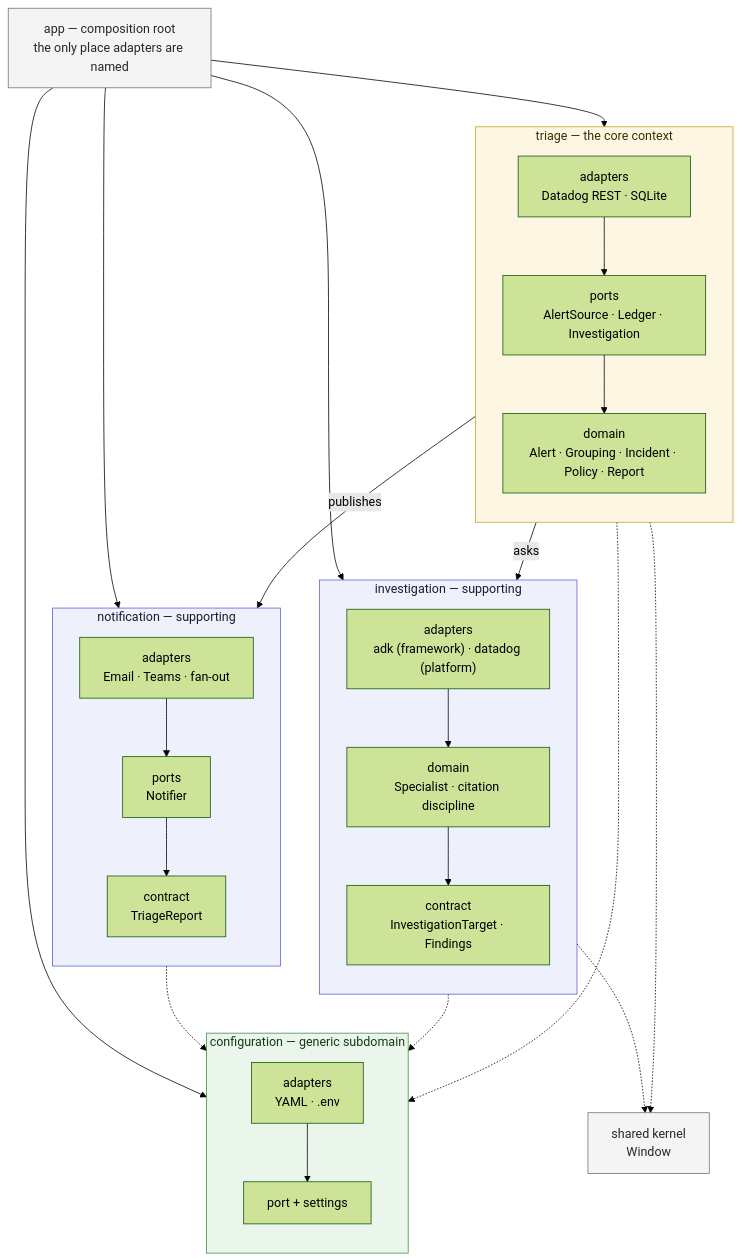
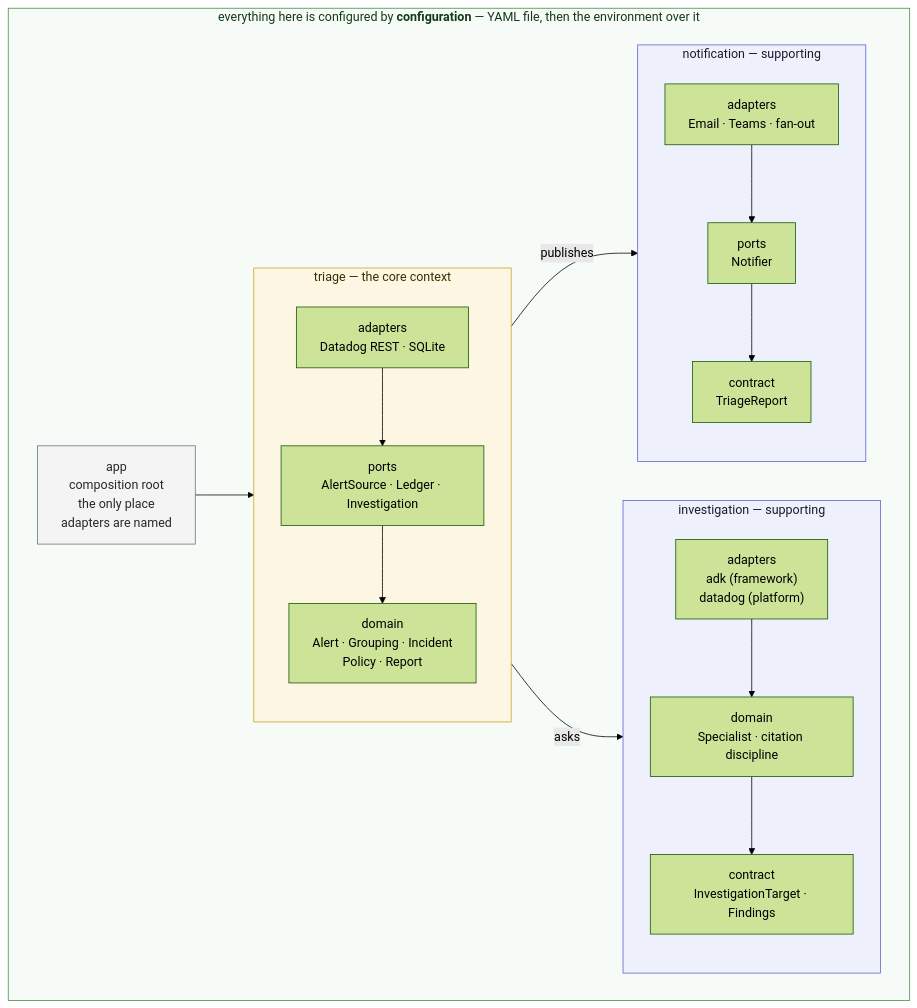
One commit to EduardoFLima/alert-triage changed the diagram in README.md. Above: the diagram before and after it, drawn with Mermaid (forest theme). The commit also changed other lines of this file and 7 other files, not shown here.

First line of the commit message:
Answer the review: contracts in a file of their own, a clearer diagram

````diff
--- a/README.md
+++ b/README.md
@@ -168,58 +169,45 @@
 ```mermaid
-flowchart TB
-    subgraph Triage["triage — the core context"]
-        direction TB
-        TriageAdapters["adapters<br/>Datadog REST · SQLite"]
-        TriagePorts["ports<br/>AlertSource · Ledger · Investigation"]
-        TriageDomain["domain<br/>Alert · Grouping · Incident · Policy · Report"]
-        TriageAdapters --> TriagePorts --> TriageDomain
+flowchart LR
+    subgraph Configured["everything here is configured by <b>configuration</b> — YAML file, then the environment over it"]
+        direction LR
+        App["app<br/>composition root<br/>the only place<br/>adapters are named"]
+
+        subgraph Triage["triage — the core context"]
+            direction TB
+            TriageAdapters["adapters<br/>Datadog REST · SQLite"]
+            TriagePorts["ports<br/>AlertSource · Ledger · Investigation"]
+            TriageDomain["domain<br/>Alert · Grouping · Incident<br/>Policy · Report"]
+            TriageAdapters --> TriagePorts --> TriageDomain
+        end
+
+        subgraph Investigation["investigation — supporting"]
+            direction TB
+            InvContract["contract<br/>InvestigationTarget · Findings"]
+            InvDomain["domain<br/>Specialist · citation discipline"]
+            InvAdapters["adapters<br/>adk (framework)<br/>datadog (platform)"]
+            InvAdapters --> InvDomain --> InvContract
+        end
+
+        subgraph Notification["notification — supporting"]
+            direction TB
+            NotContract["contract<br/>TriageReport"]
+            NotPorts["ports<br/>Notifier"]
+            NotAdapters["adapters<br/>Email · Teams · fan-out"]
+            NotAdapters --> NotPorts --> NotContract
+        end
+
+        App --> Triage
+        TriageDomain -- "asks" --> InvContract
+        TriageDomain -- "publishes" --> NotContract
     end
-
-    subgraph Investigation["investigation — supporting"]
-        direction TB
-        InvContract["contract<br/>InvestigationTarget · Findings"]
-        InvDomain["domain<br/>Specialist · citation discipline"]
-        InvAdapters["adapters<br/>adk (framework) · datadog (platform)"]
-        InvAdapters --> InvDomain --> InvContract
-    end
-
-    subgraph Notification["notification — supporting"]
-        direction TB
-        NotContract["contract<br/>TriageReport"]
-        NotPorts["ports<br/>Notifier"]
-        NotAdapters["adapters<br/>Email · Teams · fan-out"]
-        NotAdapters --> NotPorts --> NotContract
-    end
-
-    subgraph Configuration["configuration — generic subdomain"]
-        direction TB
-        ConfPort["port + settings"]
-        ConfAdapters["adapters<br/>YAML · .env"]
-        ConfAdapters --> ConfPort
-    end
-
-    Shared["shared kernel<br/>Window"]
-    App["app — composition root<br/>the only place adapters are named"]
-
-    TriageDomain -- asks --> InvContract
-    TriageDomain -- publishes --> NotContract
-    Triage -.-> Shared
-    Investigation -.-> Shared
-    Triage -.-> Configuration
-    Investigation -.-> Configuration
-    Notification -.-> Configuration
-    App --> Triage
-    App --> Investigation
-    App --> Notification
-    App --> Configuration
 
     classDef coreClass fill:#fdf6e3,stroke:#c9a227,color:#3a2f00
     classDef supportingClass fill:#eef0fb,stroke:#5b63d3,color:#1a1a2e
-    classDef genericClass fill:#eaf6ec,stroke:#3f9142,color:#123a17
-    classDef plainClass fill:#f4f4f5,stroke:#71717a,color:#27272a
+    classDef configuredClass fill:#f6fbf7,stroke:#3f9142,color:#123a17
+    classDef appClass fill:#f4f4f5,stroke:#71717a,color:#27272a
 
     class Triage coreClass
     class Investigation,Notification supportingClass
-    class Configuration genericClass
-    class Shared,App plainClass
+    class Configured configuredClass
+    class App appClass
 ```
````
